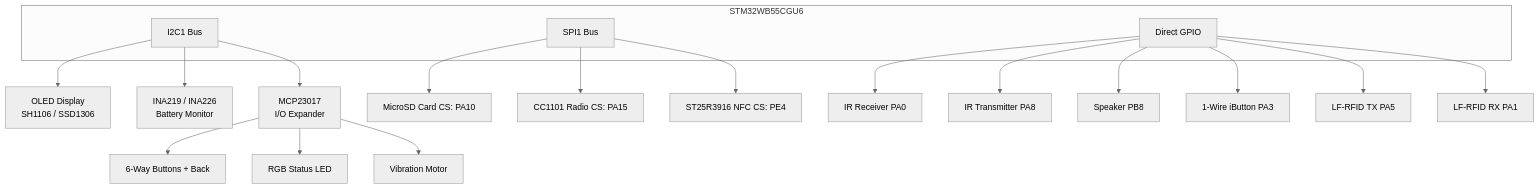
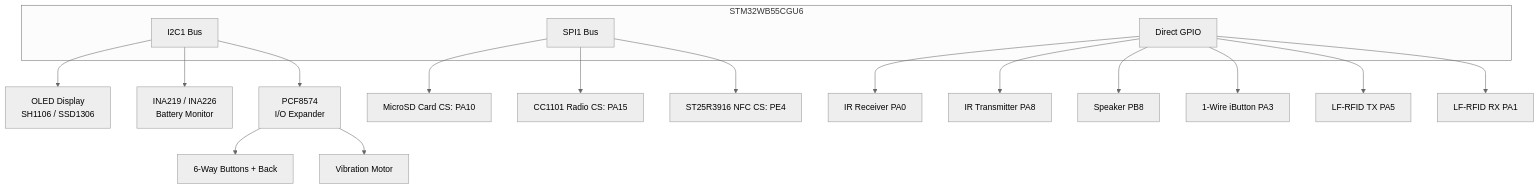
The diagram in ReadMe.md (AJ60/Flipper_OLED_PCF8574_PN532), drawn with Mermaid (neutral theme) before and after one commit. The commit also changed other lines of this file and 107 other files, not shown here.

````diff
--- a/ReadMe.md
+++ b/ReadMe.md
@@ -59,31 +59,30 @@
 ```mermaid
 graph TD
     subgraph MCU [STM32WB55CGU6]
         I2C1[I2C1 Bus]
         SPI1[SPI1 Bus]
         GPIO[Direct GPIO]
     end
 
     %% I2C Bus Devices
     I2C1 --> OLED[OLED Display <br> SH1106 / SSD1306]
     I2C1 --> INA[INA219 / INA226 <br> Battery Monitor]
-    I2C1 --> MCP[MCP23017 <br> I/O Expander]
+    I2C1 --> PCF[PCF8574 <br> I/O Expander]
 
-    %% MCP23017 Expanders
-    MCP --> Buttons[6-Way Buttons + Back]
-    MCP --> RGB[RGB Status LED]
-    MCP --> Vibro[Vibration Motor]
+    %% PCF8574 Expander
+    PCF --> Buttons[6-Way Buttons + Back]
+    PCF --> Vibro[Vibration Motor]
 
     %% SPI Bus Devices
     SPI1 --> SD[MicroSD Card CS: PA10]
     SPI1 --> CC1101[CC1101 Radio CS: PA15]
     SPI1 --> NFC[ST25R3916 NFC CS: PE4]
 
     %% GPIO
     GPIO --> IR_RX[IR Receiver PA0]
     GPIO --> IR_TX[IR Transmitter PA8]
     GPIO --> Speaker[Speaker PB8]
     GPIO --> OneWire[1-Wire iButton PA3]
     GPIO --> RFID_TX[LF-RFID TX PA5]
     GPIO --> RFID_RX[LF-RFID RX PA1]
 ```
````
